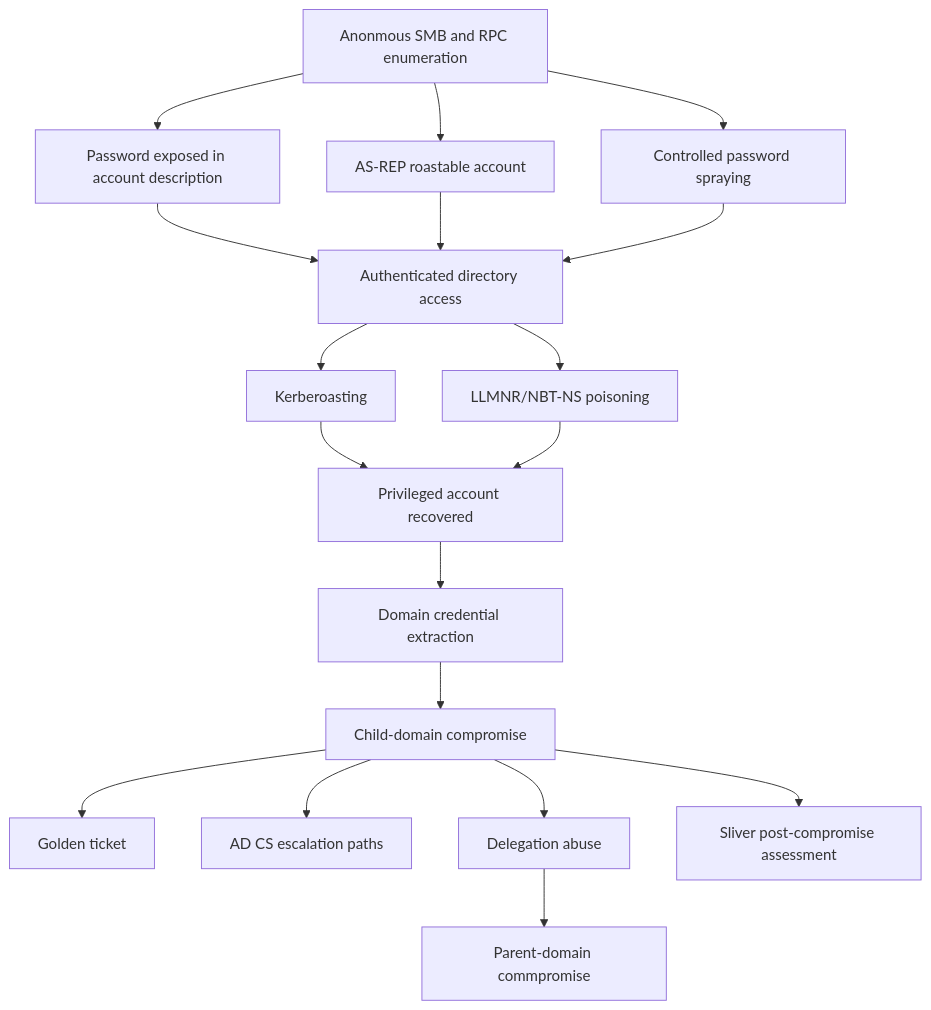
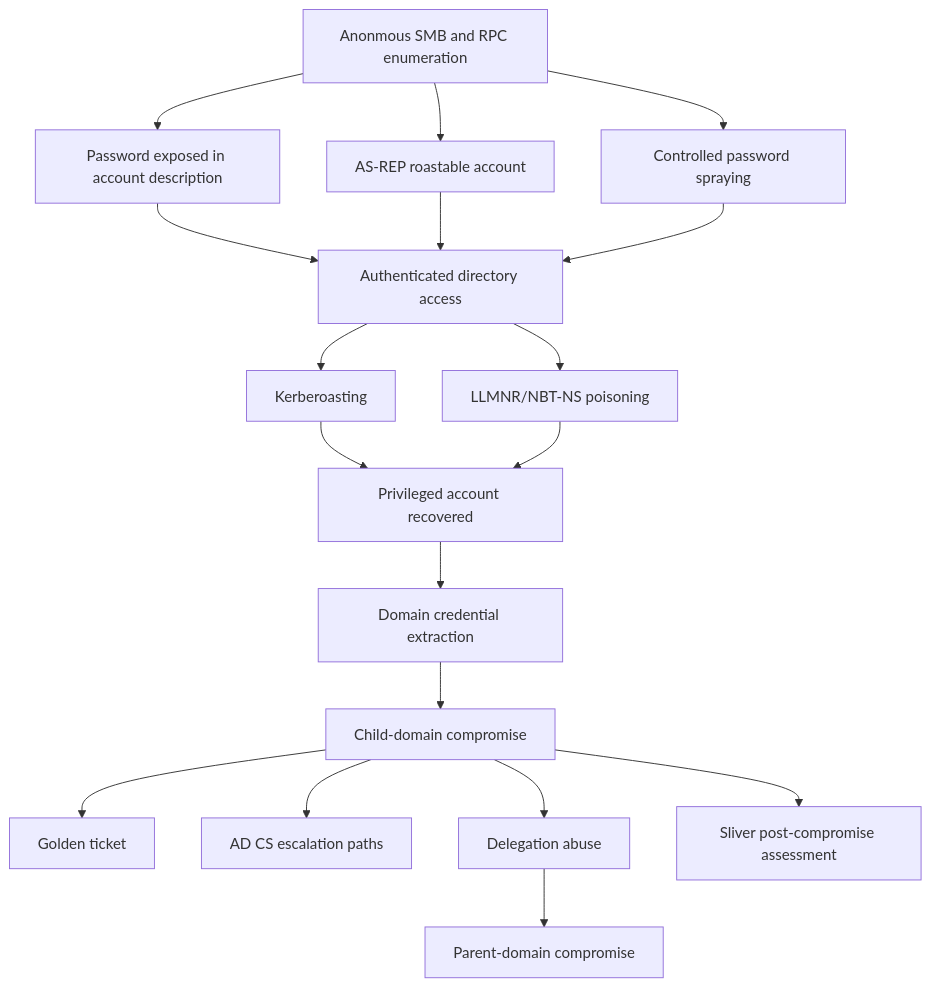
One commit to GeriHB/goad-ad-lab changed the diagram in docs/09-findings-and-defensive-summary.md. Above: the diagram before and after it, drawn with Mermaid. The commit also changed other lines of this file and 2 other files, not shown here.

````diff
--- a/docs/09-findings-and-defensive-summary.md
+++ b/docs/09-findings-and-defensive-summary.md
@@ -17,36 +17,36 @@
 ```mermaid
 flowchart TD
     A[Anonmous SMB and RPC enumeration]
     B[Password exposed in account description]
     C[AS-REP roastable account]
     D[Controlled password spraying]
     E[Authenticated directory access]
     F[Kerberoasting]
     G[LLMNR/NBT-NS poisoning]
     H[Privileged account recovered]
     I[Domain credential extraction]
     J[Child-domain compromise]
     K[Golden ticket]
     L[AD CS escalation paths]
     M[Delegation abuse]
-    N[Parent-domain commpromise]
+    N[Parent-domain compromise]
     O[Sliver post-compromise assessment]
 
     A --> B
     A --> C
     A --> D
     B --> E
     C --> E
     D --> E
     E --> F
     E --> G
     F --> H
     G --> H
     H --> I
     I --> J
     J --> K
     J --> L
     J --> M
     M --> N
     J --> O
 ```
````
